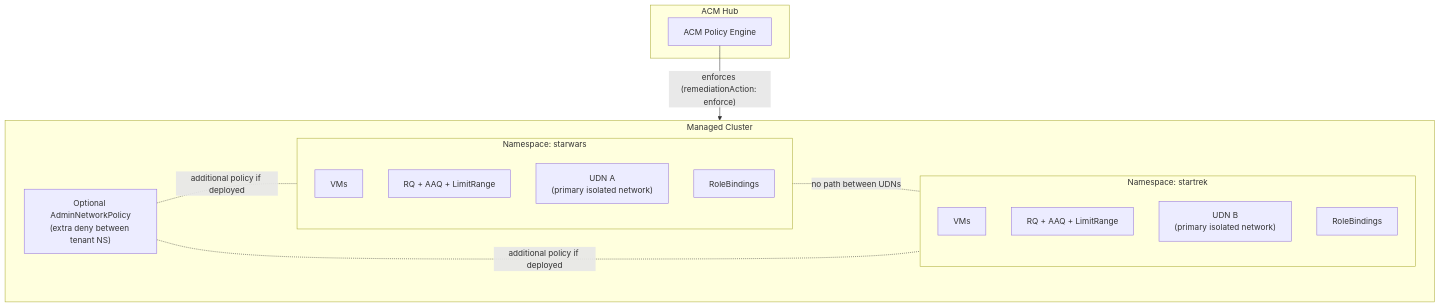
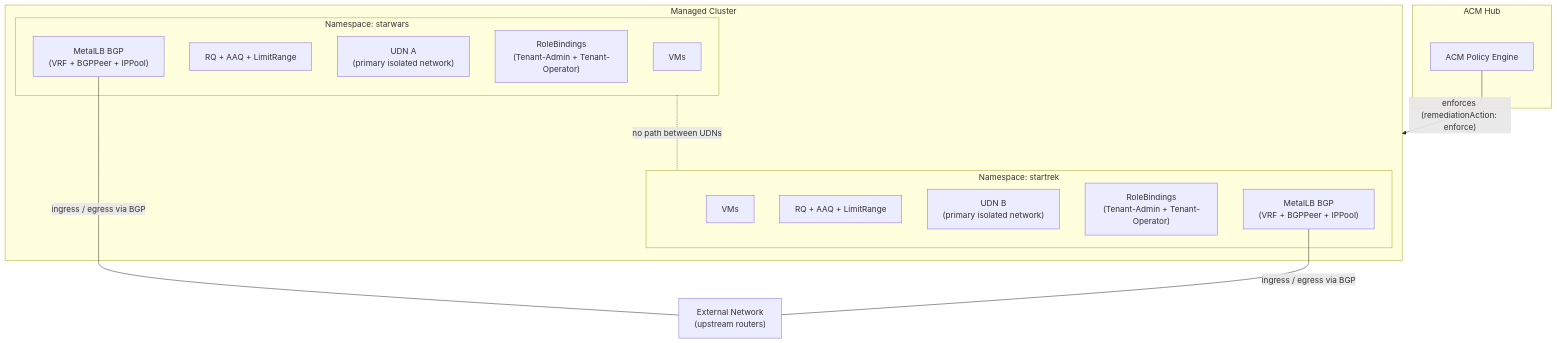
The first of 3 diagrams in docs/tenancy-model.md (ngner/tenancy-by-acm-policy), drawn with Mermaid before and after one commit. The commit also changed other lines of this file and 40 other files, not shown here.

````diff
--- a/docs/tenancy-model.md
+++ b/docs/tenancy-model.md
@@ -64,25 +79,27 @@
 ```mermaid
 flowchart TD
     subgraph hub [ACM Hub]
         policy[ACM Policy Engine]
     end
     subgraph managed [Managed Cluster]
         subgraph tenantA ["Namespace: starwars"]
             vmA[VMs]
             quotaA["RQ + AAQ + LimitRange"]
             udnA["UDN A\n(primary isolated network)"]
-            rbacA["RoleBindings"]
+            rbacA["RoleBindings\n(Tenant-Admin + Tenant-Operator)"]
+            metallbA["MetalLB BGP\n(VRF + BGPPeer + IPPool)"]
         end
         subgraph tenantB ["Namespace: startrek"]
             vmB[VMs]
             quotaB["RQ + AAQ + LimitRange"]
             udnB["UDN B\n(primary isolated network)"]
-            rbacB["RoleBindings"]
+            rbacB["RoleBindings\n(Tenant-Admin + Tenant-Operator)"]
+            metallbB["MetalLB BGP\n(VRF + BGPPeer + IPPool)"]
         end
-        anp["Optional AdminNetworkPolicy\n(extra deny between tenant NS)"]
         tenantA -."no path between UDNs".- tenantB
-        anp -. "additional policy if deployed" .- tenantA
-        anp -. "additional policy if deployed" .- tenantB
     end
+    external["External Network\n(upstream routers)"]
     policy -->|"enforces (remediationAction: enforce)"| managed
+    metallbA ---|"ingress / egress via BGP"| external
+    metallbB ---|"ingress / egress via BGP"| external
 ```
````
